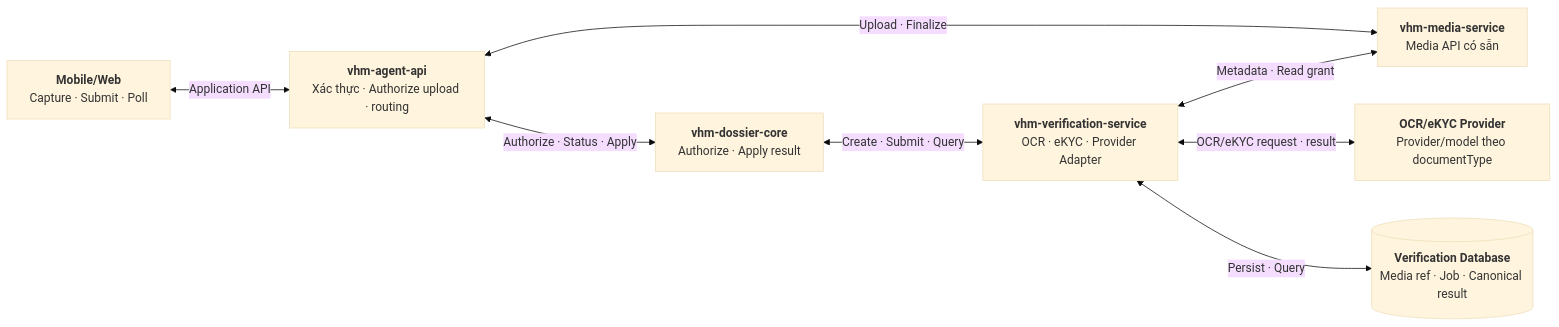
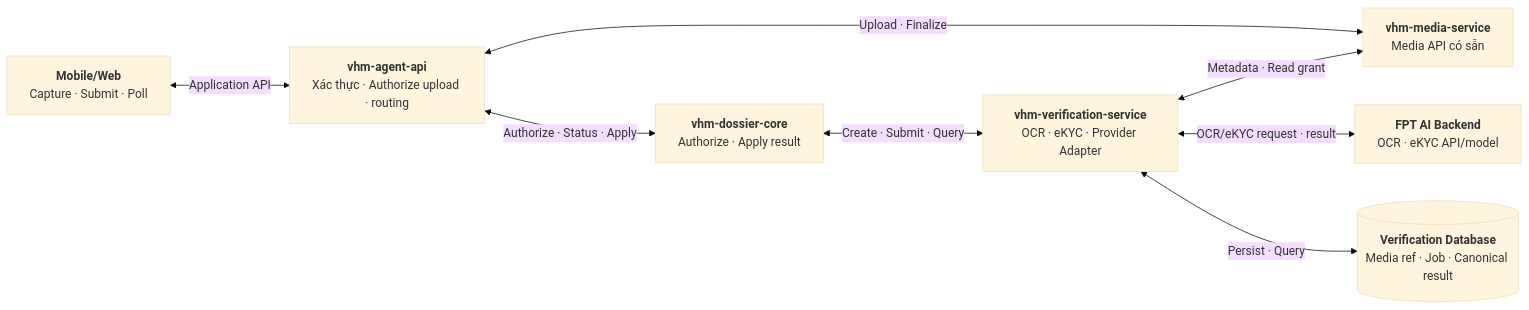
Before and after one commit to huynv-xyz/vhm: the first of 7 diagrams in noxh.md, drawn with Mermaid (base theme). The commit also changed other lines of this file, not shown here.

````diff
--- a/noxh.md
+++ b/noxh.md
@@ -75,25 +75,25 @@
 ```mermaid
 flowchart LR
     CLIENT["`**Mobile/Web**
 Capture · Submit · Poll`"]
     BFF["`**vhm-agent-api**
 Xác thực · Authorize upload · routing`"]
     DOSSIER["`**vhm-dossier-core**
 Authorize · Apply result`"]
     MEDIA_SERVICE["`**vhm-media-service**
 Media API có sẵn`"]
     VERIFY["`**vhm-verification-service**
 OCR · eKYC · Provider Adapter`"]
-    PROVIDER["`**OCR/eKYC Provider**
-Provider/model theo documentType`"]
+    PROVIDER["`**FPT AI Backend**
+OCR · eKYC API/model`"]
     DB[("`**Verification Database**
 Media ref · Job · Canonical result`")]
 
     CLIENT <-->|"Application API"| BFF
     BFF <-->|"Authorize · Status · Apply"| DOSSIER
     BFF <-->|"Upload · Finalize"| MEDIA_SERVICE
     DOSSIER <-->|"Create · Submit · Query"| VERIFY
     VERIFY <-->|"Metadata · Read grant"| MEDIA_SERVICE
     VERIFY <-->|"OCR/eKYC request · result"| PROVIDER
     VERIFY <-->|"Persist · Query"| DB
 ```
````
